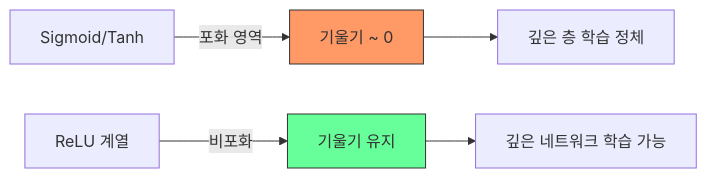
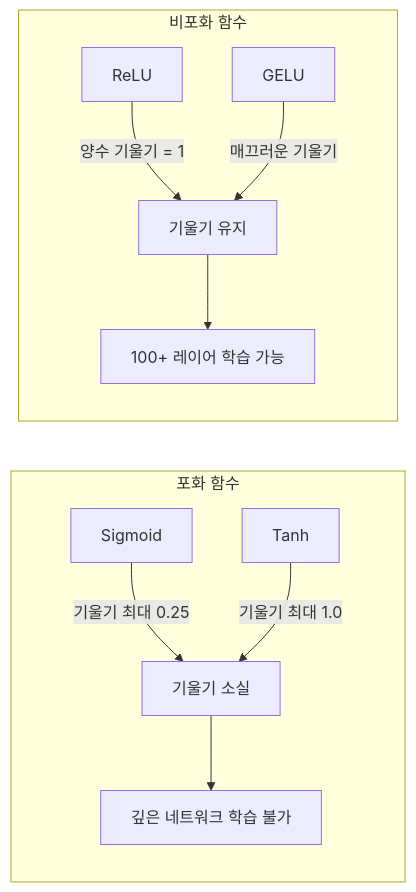
The third of 4 diagrams in wiki/foundations/activation-functions.md (kim62210/llm-wiki), drawn with Mermaid before and after one commit. The commit also changed other lines of this file and 791 other files, not shown here.

````diff
--- a/wiki/foundations/activation-functions.md
+++ b/wiki/foundations/activation-functions.md
@@ -110,11 +231,14 @@
 ```mermaid
-graph LR
-    A[Sigmoid/Tanh] -->|포화 영역| B[기울기 ~ 0]
-    B --> C[깊은 층 학습 정체]
+flowchart LR
+    subgraph SAT[포화 함수]
+        SIG[Sigmoid] --> |기울기 최대 0.25| SMALL_GRAD[기울기 소실]
+        TANH[Tanh] --> |기울기 최대 1.0| SMALL_GRAD
+        SMALL_GRAD --> DEEP_FAIL[깊은 네트워크 학습 불가]
+    end
 
-    D[ReLU 계열] -->|비포화| E[기울기 유지]
-    E --> F[깊은 네트워크 학습 가능]
-
-    style B fill:#f96,stroke:#333
-    style E fill:#6f9,stroke:#333
+    subgraph NOSAT[비포화 함수]
+        RELU[ReLU] --> |양수 기울기 = 1| GOOD_GRAD[기울기 유지]
+        GELU2[GELU] --> |매끄러운 기울기| GOOD_GRAD
+        GOOD_GRAD --> DEEP_OK[100+ 레이어 학습 가능]
+    end
 ```
````
